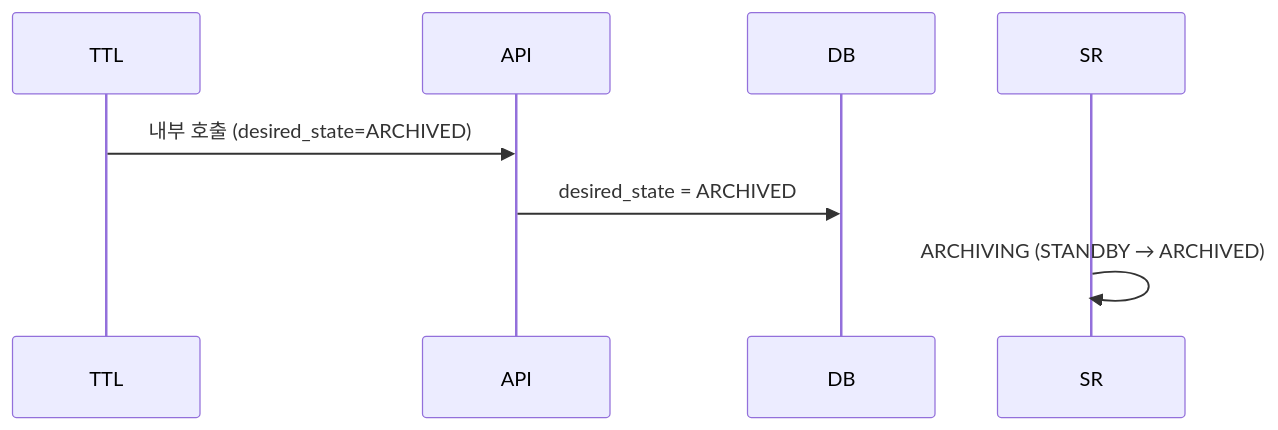
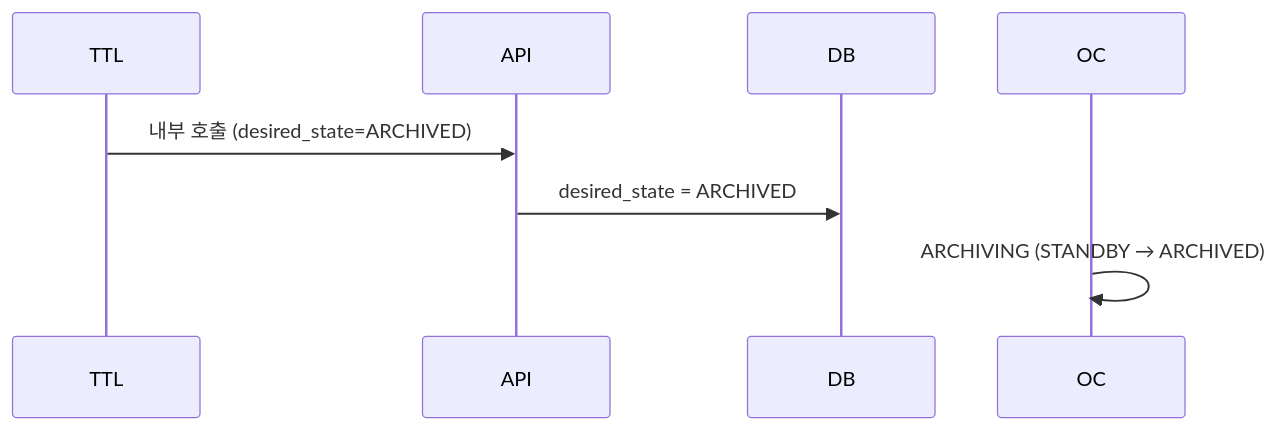
One commit to cagojeiger/code-hub changed the sixth of 7 diagrams in docs/spec_v2/02-states.md. Above: the diagram before and after it, drawn with Mermaid. The commit also changed other lines of this file and 6 other files, not shown here.

````diff
--- a/docs/spec_v2/02-states.md
+++ b/docs/spec_v2/02-states.md
@@ -298,6 +298,6 @@
 ```mermaid
 sequenceDiagram
     TTL->>API: 내부 호출 (desired_state=ARCHIVED)
     API->>DB: desired_state = ARCHIVED
-    SR->>SR: ARCHIVING (STANDBY → ARCHIVED)
+    OC->>OC: ARCHIVING (STANDBY → ARCHIVED)
 ```
````
